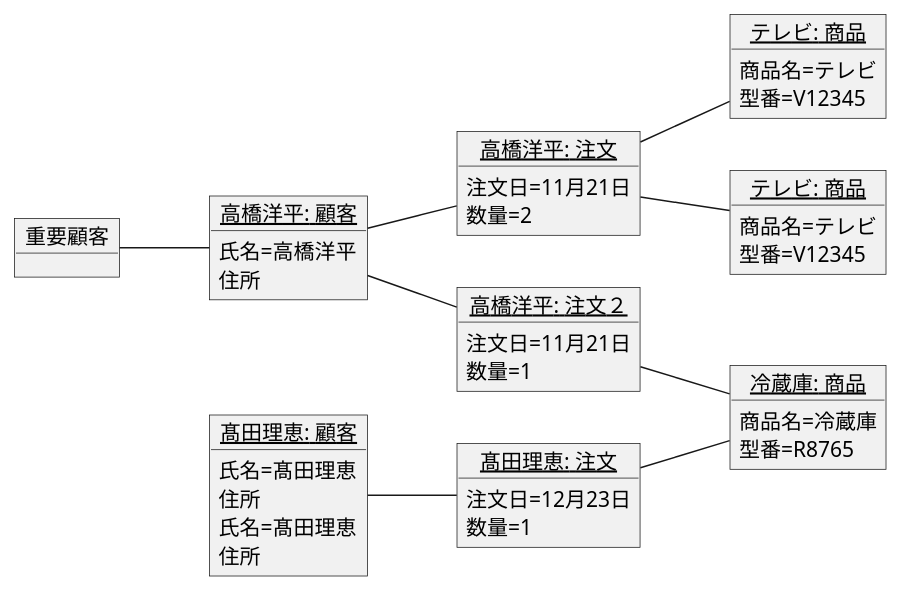
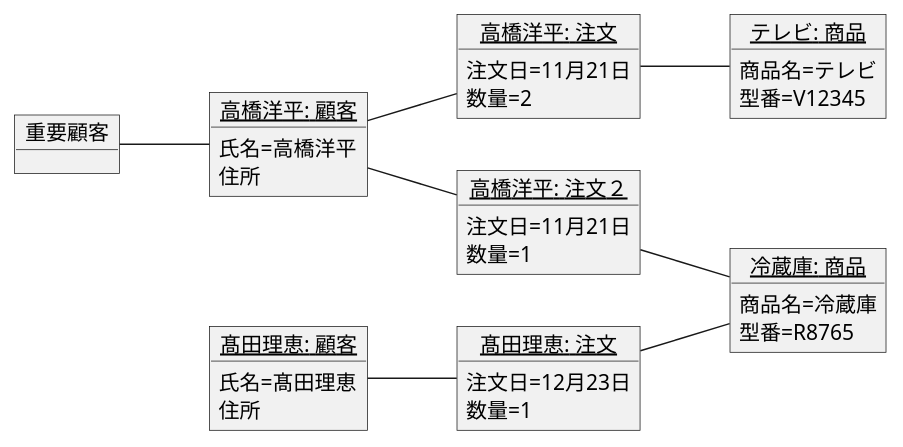
Before and after one commit to tanumahikaru/uml-into: the diagram in 演習3-7_OBJ_注文のオブジェクト図.pu, drawn with PlantUML.

Commit message:
3-7直し

```diff
--- a/演習3-7_OBJ_注文のオブジェクト図.pu
+++ b/演習3-7_OBJ_注文のオブジェクト図.pu
@@ -1,51 +1,43 @@
 @startuml 演習３－７
 left to right direction
 object 重要顧客 {
 
 }
 object "<u>高橋洋平: 顧客</u>" as k1 {
 氏名=高橋洋平
 住所
 }
 object "<u>髙田理恵: 顧客</u>" as k2 {
 氏名=髙田理恵
 住所
 }
-object "<u>: 顧客</u>" as k2 {
-氏名=髙田理恵
-住所
-}
 object "<u>テレビ: 商品</u>" as s1 {
 商品名=テレビ
 型番=V12345
 }
-object "<u>テレビ: 商品</u>" as s3 {
-商品名=テレビ
-型番=V12345
-}
+
 object "<u>冷蔵庫: 商品</u>" as s2 {
 商品名=冷蔵庫
 型番=R8765
 }
 object "<u>高橋洋平: 注文</u>" as t1 {
 注文日=11月21日
 数量=2
 }
 object "<u>高橋洋平: 注文２</u>" as t2 {
 注文日=11月21日
 数量=1
 }
 object "<u>髙田理恵: 注文</u>" as t3 {
 注文日=12月23日
 数量=1
 }
 重要顧客 -- k1
 k1 -- t1
 t1 -- s1
-t1 -- s3
 k2 -- t3
 t3 -- s2
 k1 -- t2
 t2 --s2
 
 @enduml
```
